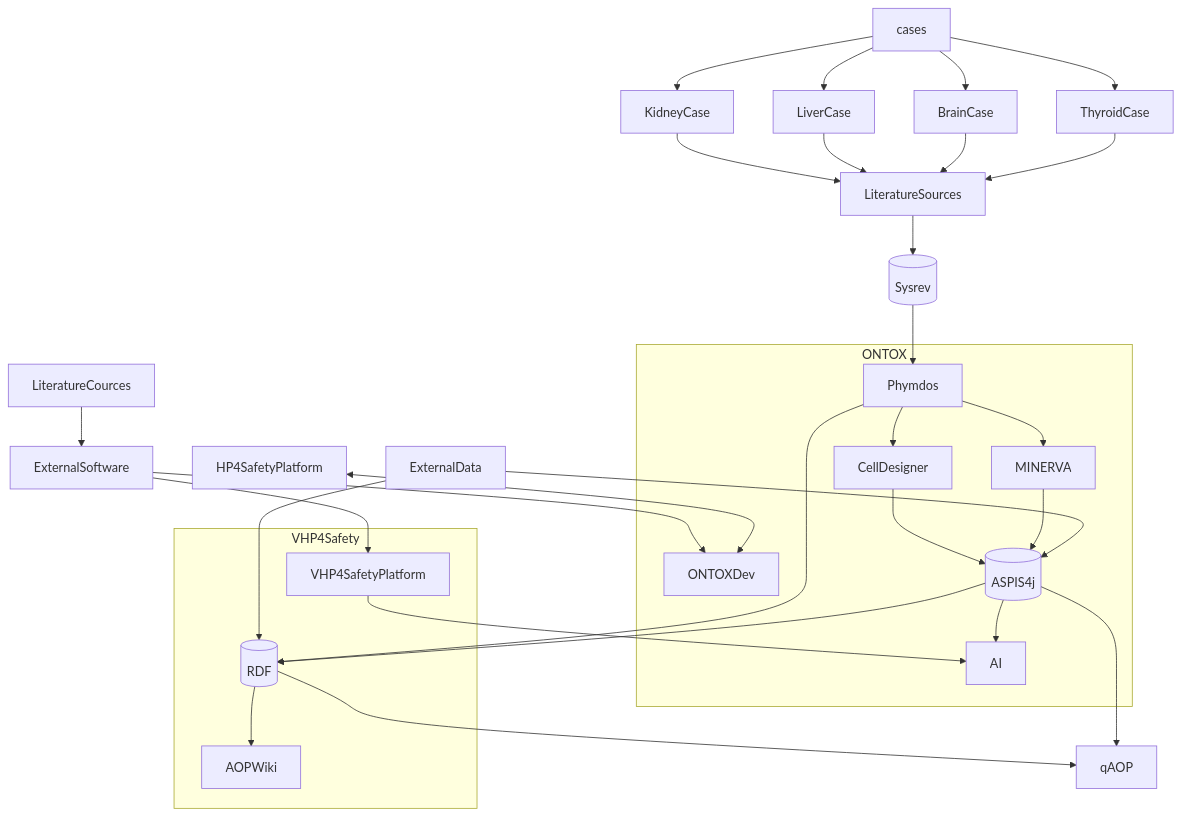
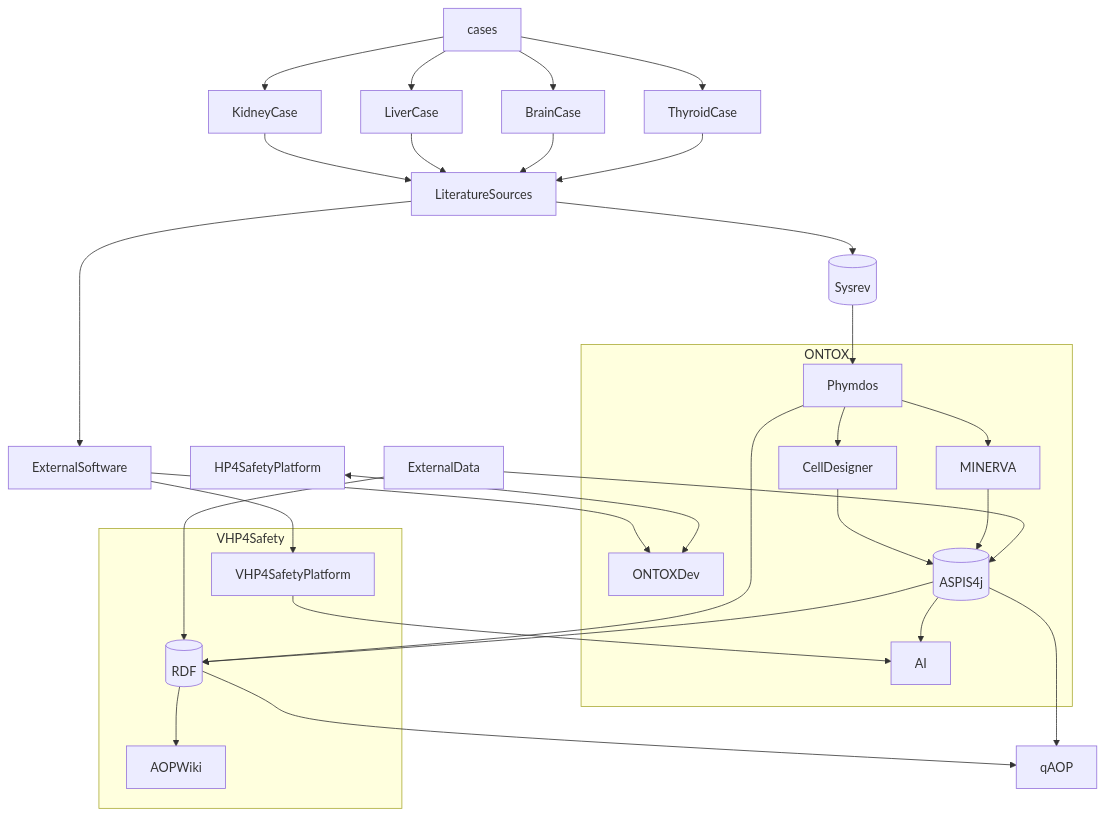
One commit to ontox-hu/workflows changed the diagram in ONTOX-vs-VHP4Safety.md. Above: the diagram before and after it, drawn with Mermaid.

````diff
--- a/ONTOX-vs-VHP4Safety.md
+++ b/ONTOX-vs-VHP4Safety.md
@@ -1,47 +1,47 @@
 ```mermaid
 flowchart TB
 
     cases-->KidneyCase
     cases-->LiverCase
     cases-->BrainCase
     cases-->ThyroidCase
      
     KidneyCase-->LiteratureSources
     LiverCase-->LiteratureSources
     BrainCase-->LiteratureSources
     ThyroidCase-->LiteratureSources
     LiteratureSources-->Sysrev[(Sysrev)]
     Sysrev[(Sysrev)]-->Phymdos
     
     subgraph ONTOX
     ONTOXDev
     Phymdos-->MINERVA
     Phymdos-->CellDesigner
     
     CellDesigner-->ASPIS4j[(ASPIS4j)]
     MINERVA-->ASPIS4j[(ASPIS4j)]
     ASPIS4j[(ASPIS4j)]-->AI
     
     end
     
     subgraph VHP4Safety
     Phymdos-->RDF[(RDF)]
     RDF[(RDF)]-->AOPWiki
     
     VHP4SafetyPlatform
     VHP4SafetyPlatform-->AI
     end
     
-    LiteratureCources-->ExternalSoftware
+    LiteratureSources-->ExternalSoftware
     ExternalSoftware-->VHP4SafetyPlatform
     ExternalSoftware-->ONTOXDev
     HP4SafetyPlatform<-->ONTOXDev
     ExternalData-->ASPIS4j[(ASPIS4j)]
     RDF[(RDF)]-->qAOP
     ASPIS4j[(ASPIS4j)]-->qAOP
     ASPIS4j[(ASPIS4j)]-->RDF[(RDF)]
     ExternalData-->RDF[(RDF)]
     
     
     
 ```
````
